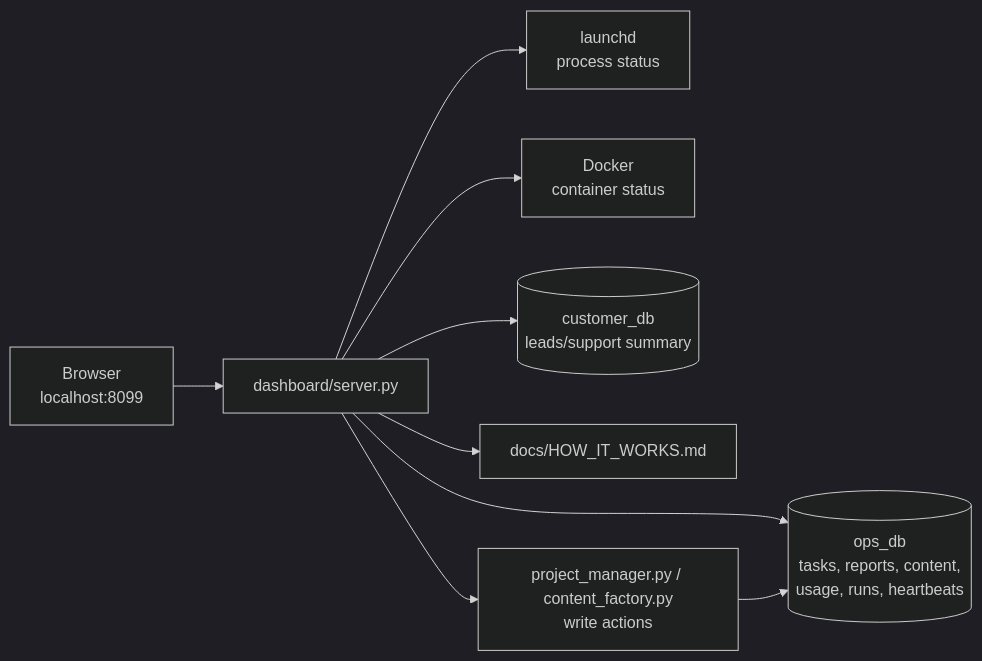
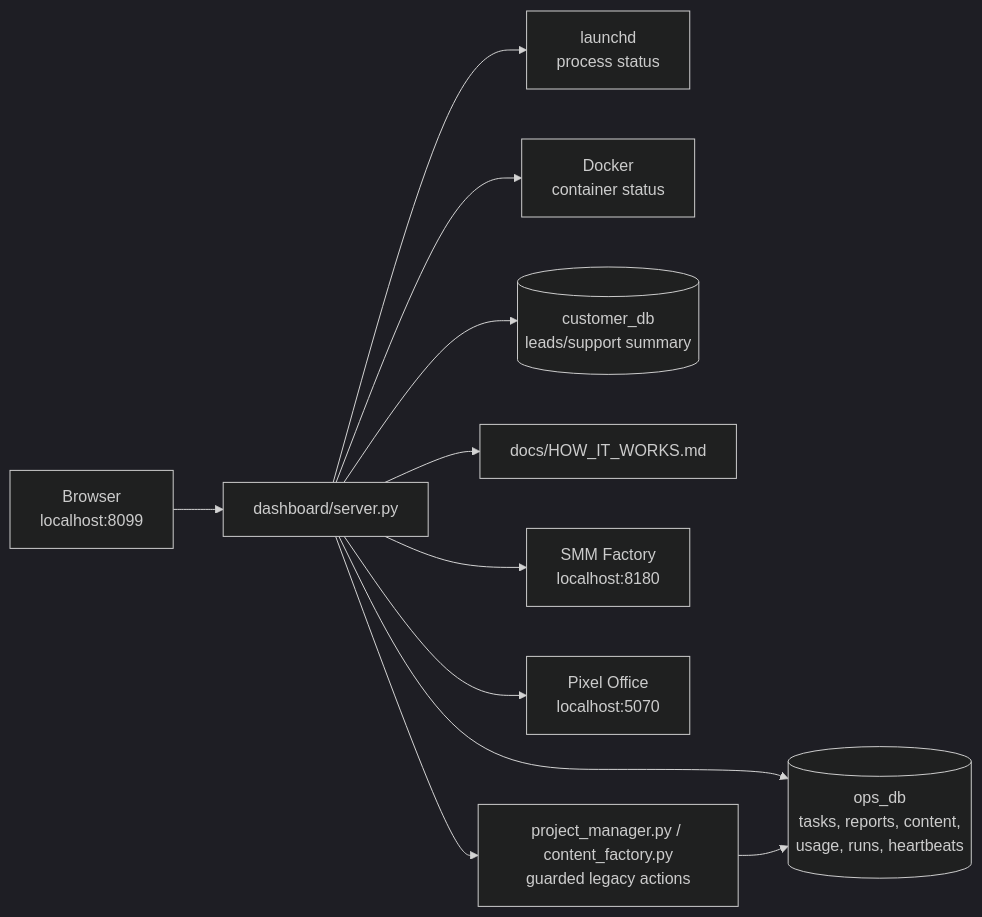
One commit to Lenis45/agent-os changed the first of 2 diagrams in dashboard/README.md. Above: the diagram before and after it, drawn with Mermaid (dark theme). The commit also changed other lines of this file and 5 other files, not shown here.

````diff
--- a/dashboard/README.md
+++ b/dashboard/README.md
@@ -37,11 +37,13 @@
 ```mermaid
 flowchart LR
     Browser["Browser<br/>localhost:8099"] --> Server["dashboard/server.py"]
     Server --> Launchd["launchd<br/>process status"]
     Server --> Docker["Docker<br/>container status"]
     Server --> Ops[("ops_db<br/>tasks, reports, content,<br/>usage, runs, heartbeats")]
     Server --> Customer[("customer_db<br/>leads/support summary")]
     Server --> Docs["docs/HOW_IT_WORKS.md"]
-    Server --> CLI["project_manager.py / content_factory.py<br/>write actions"]
+    Server --> SMM["SMM Factory<br/>localhost:8180"]
+    Server --> Office["Pixel Office<br/>localhost:5070"]
+    Server --> CLI["project_manager.py / content_factory.py<br/>guarded legacy actions"]
     CLI --> Ops
 ```
````
